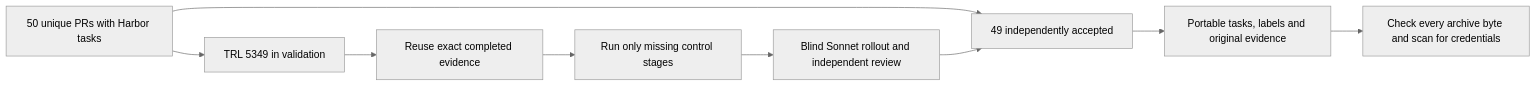
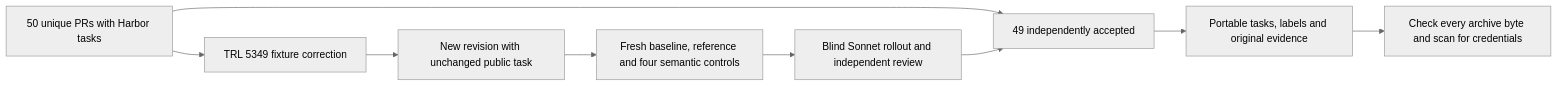
The first of 2 diagrams in docs/pipelines/tasksmith_scale50.md (huggingface/Repo2RLEnv), drawn with Mermaid (neutral theme) before and after one commit. The commit also changed other lines of this file and 1 other file, not shown here.

Commit message:
fix(quality): distinguish model fixture defects from solver errors

````diff
--- a/docs/pipelines/tasksmith_scale50.md
+++ b/docs/pipelines/tasksmith_scale50.md
@@ -25,11 +26,11 @@
 ```mermaid
 flowchart LR
     G[50 unique PRs with Harbor tasks] --> A[49 independently accepted]
-    G --> H[TRL 5349 in validation]
-    H --> R[Reuse exact completed evidence]
-    R --> C[Run only missing control stages]
+    G --> H[TRL 5349 fixture correction]
+    H --> R[New revision with unchanged public task]
+    R --> C[Fresh baseline, reference and four semantic controls]
     C --> S[Blind Sonnet rollout and independent review]
     S --> A
     A --> D[Portable tasks, labels and original evidence]
     D --> V[Check every archive byte and scan for credentials]
 ```
````
